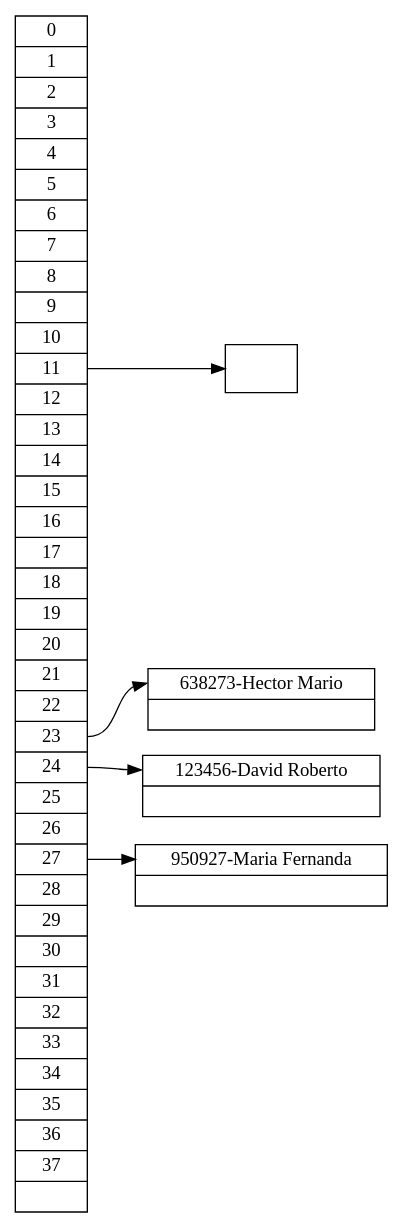
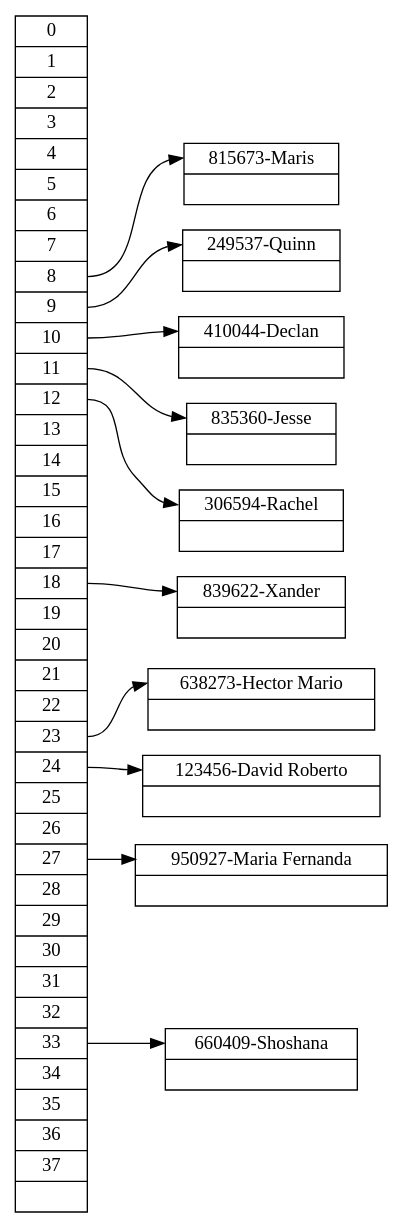
One commit to SevenPok/Proyecto_2_EDD changed the diagram in [EDD]Proyecto_2/TablaHash.dot. Above: the diagram before and after it, drawn with Graphviz. The commit also changed 9 other files, not shown here.

```diff
--- a/[EDD]Proyecto_2/TablaHash.dot
+++ b/[EDD]Proyecto_2/TablaHash.dot
@@ -1,16 +1,28 @@
 digraph G {
 
 rankdir = LR; 
  node [shape=record];
 hashTable[label="<f0>0|<f1>1|<f2>2|<f3>3|<f4>4|<f5>5|<f6>6|<f7>7|<f8>8|<f9>9|<f10>10|<f11>11|<f12>12|<f13>13|<f14>14|<f15>15|<f16>16|<f17>17|<f18>18|<f19>19|<f20>20|<f21>21|<f22>22|<f23>23|<f24>24|<f25>25|<f26>26|<f27>27|<f28>28|<f29>29|<f30>30|<f31>31|<f32>32|<f33>33|<f34>34|<f35>35|<f36>36|<f37>37|"];
-node11 [label=""];
+node8 [label="<f0> 815673-Maris|"];
+node9 [label="<f0> 249537-Quinn|"];
+node10 [label="<f0> 410044-Declan|"];
+node11 [label="<f0> 835360-Jesse|"];
+node12 [label="<f0> 306594-Rachel|"];
+node18 [label="<f0> 839622-Xander|"];
 node23 [label="<f0> 638273-Hector Mario|"];
 node24 [label="<f0> 123456-David Roberto|"];
 node27 [label="<f0> 950927-Maria Fernanda|"];
+node33 [label="<f0> 660409-Shoshana|"];
+hashTable:f8 -> node8:f0;
+hashTable:f9 -> node9:f0;
+hashTable:f10 -> node10:f0;
 hashTable:f11 -> node11:f0;
+hashTable:f12 -> node12:f0;
+hashTable:f18 -> node18:f0;
 hashTable:f23 -> node23:f0;
 hashTable:f24 -> node24:f0;
 hashTable:f27 -> node27:f0;
+hashTable:f33 -> node33:f0;
 
 
 }
```
